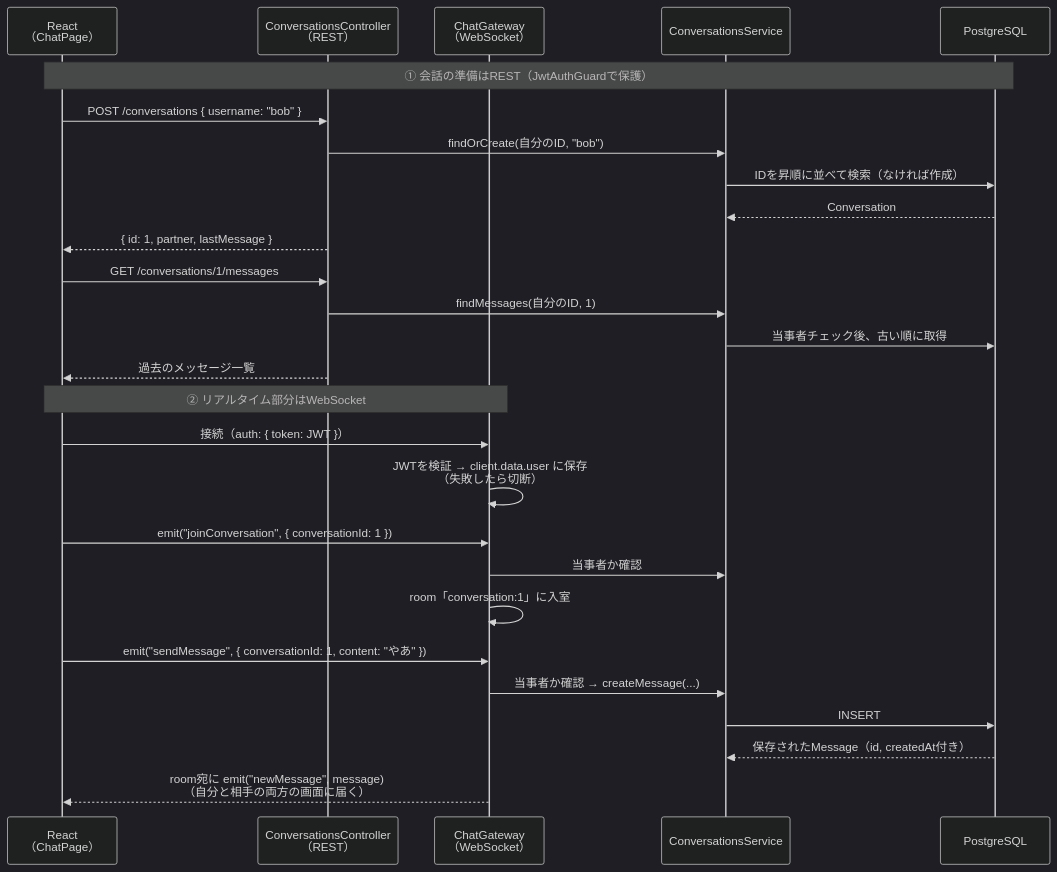
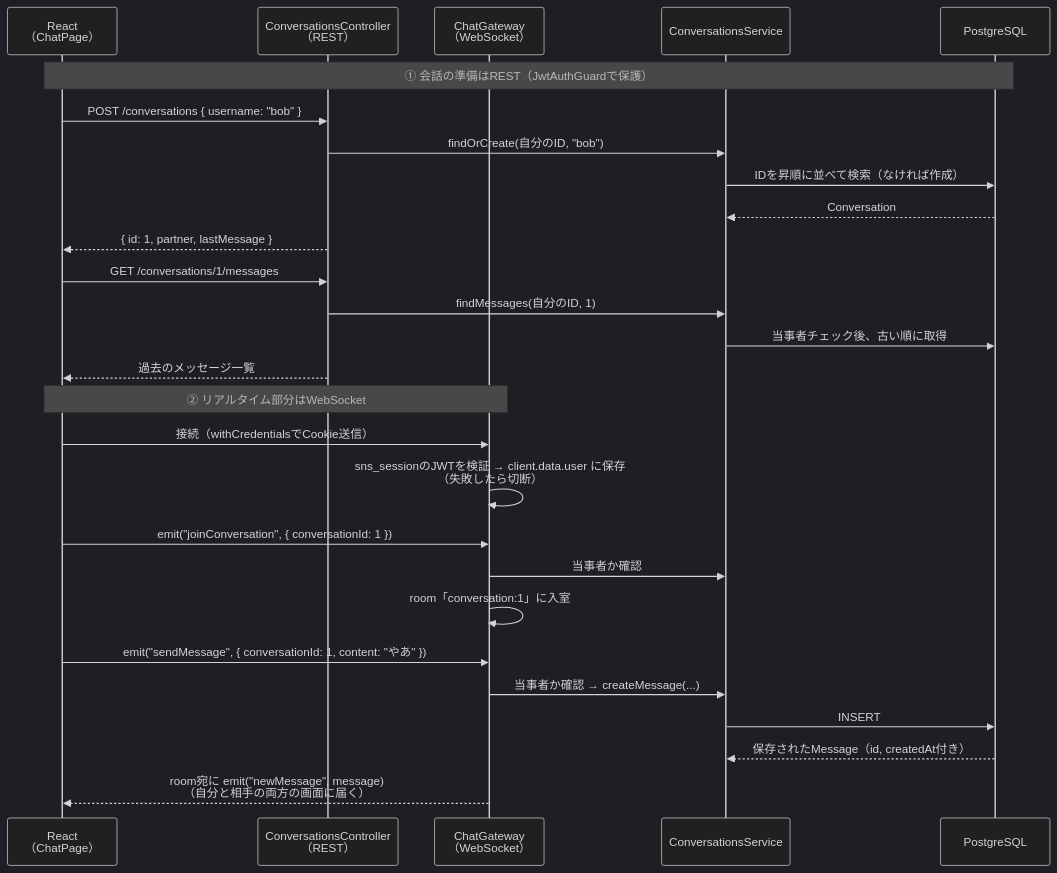
The second of 2 diagrams in cloudflare-site/src/content/docs/sns/nestjs/chat.md (dik-ab/school-curriculum-platform), drawn with Mermaid (dark theme) before and after one commit. The commit also changed other lines of this file, not shown here.

Commit message:
docs: align sns chat with cookie websocket auth

````diff
--- a/cloudflare-site/src/content/docs/sns/nestjs/chat.md
+++ b/cloudflare-site/src/content/docs/sns/nestjs/chat.md
@@ -153,31 +153,31 @@
 ```mermaid
 sequenceDiagram
     participant R as React<br>（ChatPage）
     participant C as ConversationsController<br>（REST）
     participant G as ChatGateway<br>（WebSocket）
     participant S as ConversationsService
     participant DB as PostgreSQL
 
     Note over R,DB: ① 会話の準備はREST（JwtAuthGuardで保護）
     R->>C: POST /conversations { username: "bob" }
     C->>S: findOrCreate(自分のID, "bob")
     S->>DB: IDを昇順に並べて検索（なければ作成）
     DB-->>S: Conversation
     C-->>R: { id: 1, partner, lastMessage }
     R->>C: GET /conversations/1/messages
     C->>S: findMessages(自分のID, 1)
     S->>DB: 当事者チェック後、古い順に取得
     C-->>R: 過去のメッセージ一覧
 
     Note over R,G: ② リアルタイム部分はWebSocket
-    R->>G: 接続（auth: { token: JWT }）
-    G->>G: JWTを検証 → client.data.user に保存<br>（失敗したら切断）
+    R->>G: 接続（withCredentialsでCookie送信）
+    G->>G: sns_sessionのJWTを検証 → client.data.user に保存<br>（失敗したら切断）
     R->>G: emit("joinConversation", { conversationId: 1 })
     G->>S: 当事者か確認
     G->>G: room「conversation:1」に入室
     R->>G: emit("sendMessage", { conversationId: 1, content: "やあ" })
     G->>S: 当事者か確認 → createMessage(...)
     S->>DB: INSERT
     DB-->>S: 保存されたMessage（id, createdAt付き）
     G-->>R: room宛に emit("newMessage", message)<br>（自分と相手の両方の画面に届く）
 ```
````
